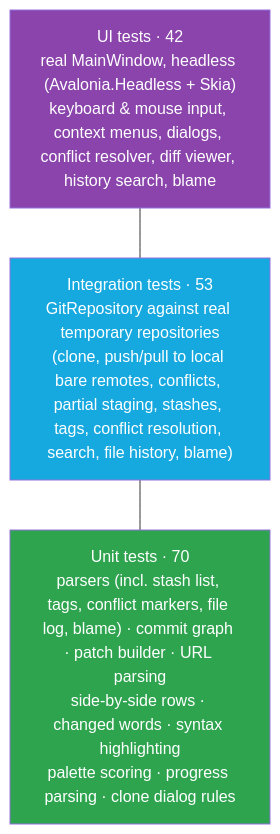
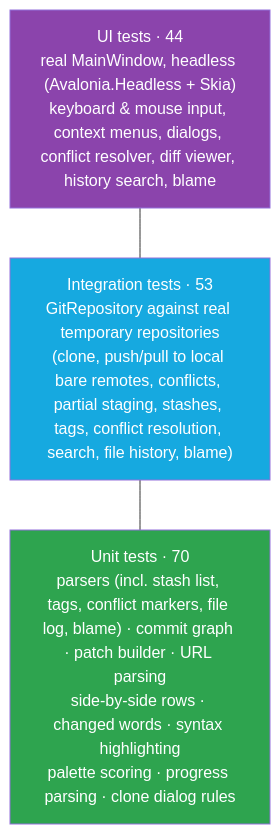
Before and after one commit to mhrezaee/git-hr: the ninth of 12 diagrams in README.md, drawn with Mermaid. The commit also changed other lines of this file and 19 other files, not shown here.

````diff
--- a/README.md
+++ b/README.md
@@ -373,10 +393,10 @@
 ```mermaid
 flowchart TB
-    UI["UI tests · 42<br/>real MainWindow, headless (Avalonia.Headless + Skia)<br/>keyboard & mouse input, context menus, dialogs, conflict resolver, diff viewer, history search, blame"]
+    UI["UI tests · 44<br/>real MainWindow, headless (Avalonia.Headless + Skia)<br/>keyboard & mouse input, context menus, dialogs, conflict resolver, diff viewer, history search, blame"]
     INT["Integration tests · 53<br/>GitRepository against real temporary repositories<br/>(clone, push/pull to local bare remotes, conflicts, partial staging, stashes, tags, conflict resolution, search, file history, blame)"]
     UNIT["Unit tests · 70<br/>parsers (incl. stash list, tags, conflict markers, file log, blame) · commit graph · patch builder · URL parsing<br/>side-by-side rows · changed words · syntax highlighting<br/>palette scoring · progress parsing · clone dialog rules"]
     UI --- INT --- UNIT
     style UI fill:#8B44AC,color:#fff
     style INT fill:#16A9E0,color:#fff
     style UNIT fill:#2EA44F,color:#fff
 ```
````
